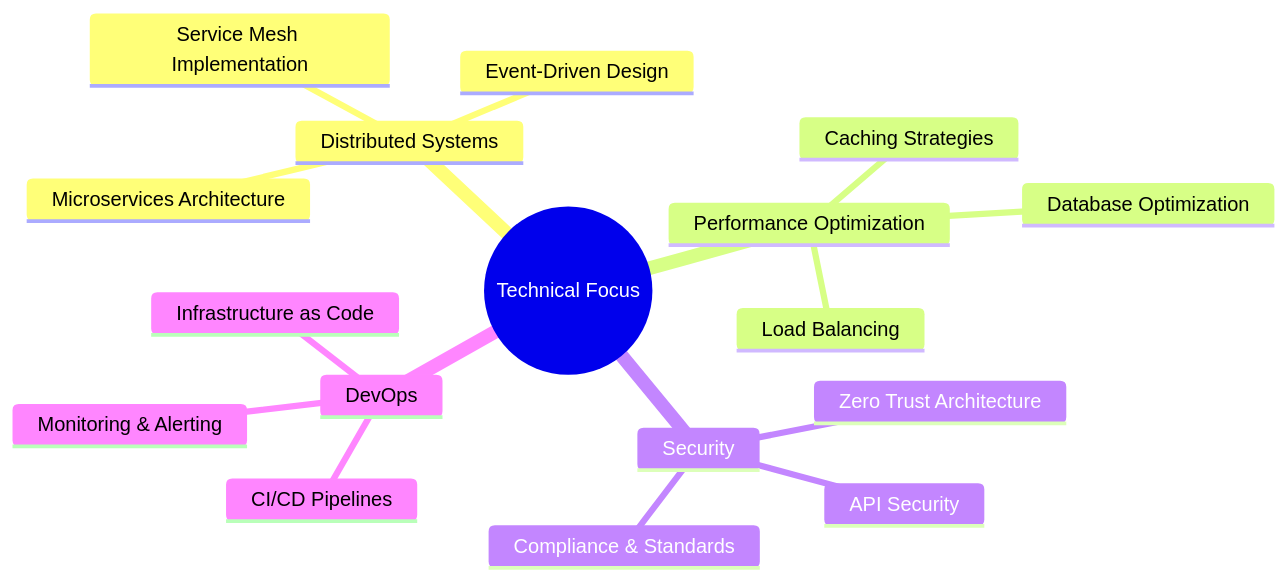
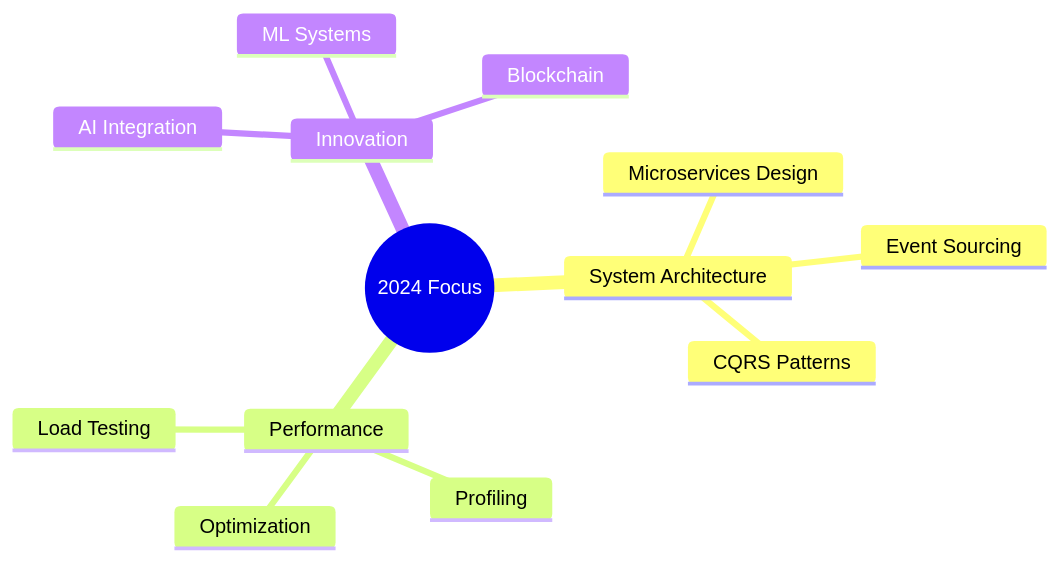
One commit to nexus-aissam/nexus-aissam changed the first of 2 diagrams in README.md. Above: the diagram before and after it, drawn with Mermaid. The commit also changed other lines of this file, not shown here.

````diff
--- a/README.md
+++ b/README.md
@@ -84,20 +139,16 @@
 ```mermaid
 mindmap
-  root((Technical Focus))
-    Distributed Systems
-      Microservices Architecture
-      Event-Driven Design
-      Service Mesh Implementation
-    Performance Optimization
-      Caching Strategies
-      Load Balancing
-      Database Optimization
-    Security
-      Zero Trust Architecture
-      API Security
-      Compliance & Standards
-    DevOps
-      CI/CD Pipelines
-      Infrastructure as Code
-      Monitoring & Alerting
+  root((2024 Focus))
+    System Architecture
+      Microservices Design
+      Event Sourcing
+      CQRS Patterns
+    Performance
+      Load Testing
+      Profiling
+      Optimization
+    Innovation
+      AI Integration
+      ML Systems
+      Blockchain
 ```
````
